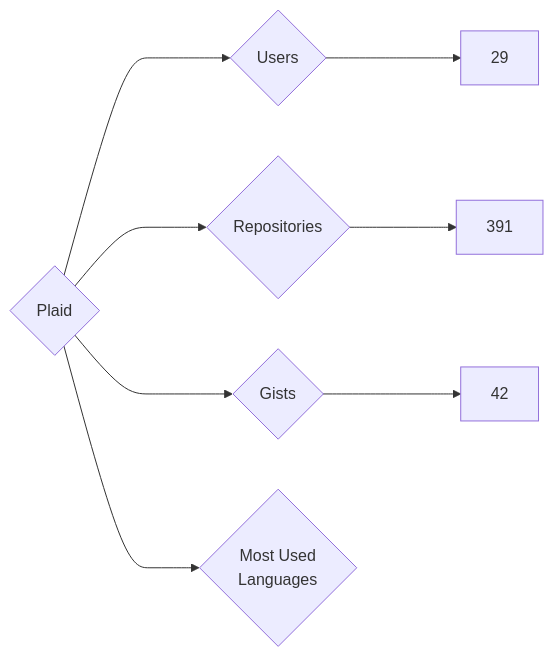
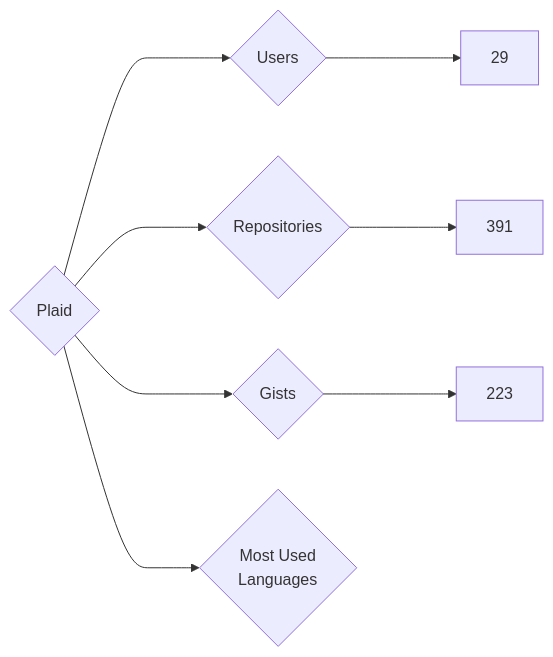
The diagram in targets/Plaid/README.md (nenadzaric/insiders), drawn with Mermaid before and after one commit. The commit also changed 1342 other files, not shown here.

````diff
--- a/targets/Plaid/README.md
+++ b/targets/Plaid/README.md
@@ -3,8 +3,8 @@
 ```mermaid
 graph LR
 COMPANY_NAME{Plaid}
 COMPANY_NAME ---> U{Users} ---> UN[29]
 COMPANY_NAME ---> R{Repositories} ---> RN[391]
-COMPANY_NAME ---> G{Gists} ---> GN[42]
+COMPANY_NAME ---> G{Gists} ---> GN[223]
 COMPANY_NAME ---> ML{Most Used<br>Languages}
 ```
````
